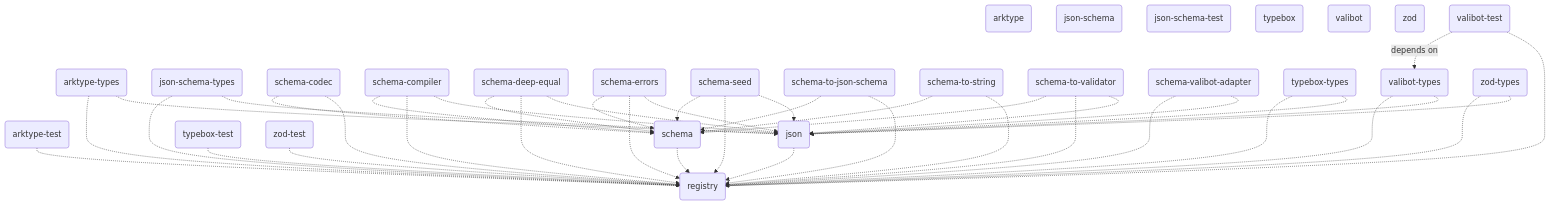
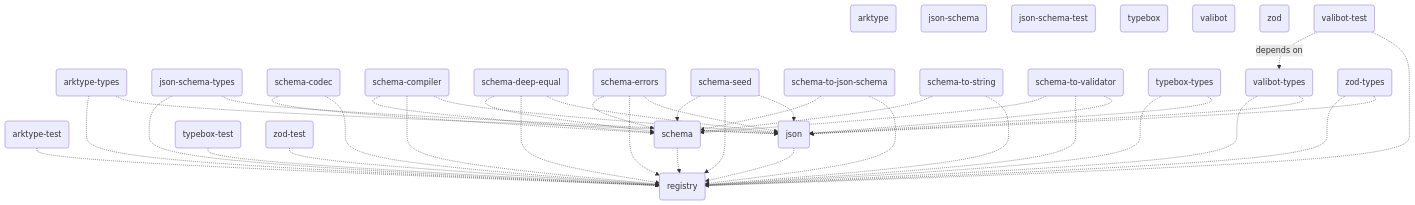
Before and after one commit to traversable/schema: the diagram in README.md, drawn with Mermaid. The commit also changed 22 other files, not shown here.

Commit message:
rm(schema-valibot-adapter): deletes package

````diff
--- a/README.md
+++ b/README.md
@@ -94,50 +94,48 @@
 ```mermaid
 flowchart TD
     arktype(arktype)
     json-schema(json-schema)
     json-schema-test(json-schema-test)
     registry(registry)
     typebox(typebox)
     valibot(valibot)
     zod(zod)
     arktype-test(arktype-test) -.-> registry(registry)
     json(json) -.-> registry(registry)
     schema(schema) -.-> registry(registry)
     typebox-test(typebox-test) -.-> registry(registry)
     zod-test(zod-test) -.-> registry(registry)
     arktype-types(arktype-types) -.-> json(json)
     arktype-types(arktype-types) -.-> registry(registry)
     json-schema-types(json-schema-types) -.-> json(json)
     json-schema-types(json-schema-types) -.-> registry(registry)
     schema-codec(schema-codec) -.-> registry(registry)
     schema-codec(schema-codec) -.-> schema(schema)
     schema-compiler(schema-compiler) -.-> json(json)
     schema-compiler(schema-compiler) -.-> registry(registry)
     schema-compiler(schema-compiler) -.-> schema(schema)
     schema-deep-equal(schema-deep-equal) -.-> json(json)
     schema-deep-equal(schema-deep-equal) -.-> registry(registry)
     schema-deep-equal(schema-deep-equal) -.-> schema(schema)
     schema-errors(schema-errors) -.-> json(json)
     schema-errors(schema-errors) -.-> registry(registry)
     schema-errors(schema-errors) -.-> schema(schema)
     schema-seed(schema-seed) -.-> json(json)
     schema-seed(schema-seed) -.-> registry(registry)
     schema-seed(schema-seed) -.-> schema(schema)
     schema-to-json-schema(schema-to-json-schema) -.-> registry(registry)
     schema-to-json-schema(schema-to-json-schema) -.-> schema(schema)
     schema-to-string(schema-to-string) -.-> registry(registry)
     schema-to-string(schema-to-string) -.-> schema(schema)
     schema-to-validator(schema-to-validator) -.-> json(json)
     schema-to-validator(schema-to-validator) -.-> registry(registry)
     schema-to-validator(schema-to-validator) -.-> schema(schema)
-    schema-valibot-adapter(schema-valibot-adapter) -.-> json(json)
-    schema-valibot-adapter(schema-valibot-adapter) -.-> registry(registry)
     typebox-types(typebox-types) -.-> json(json)
     typebox-types(typebox-types) -.-> registry(registry)
     valibot-types(valibot-types) -.-> json(json)
     valibot-types(valibot-types) -.-> registry(registry)
     zod-types(zod-types) -.-> json(json)
     zod-types(zod-types) -.-> registry(registry)
     valibot-test(valibot-test) -.-> registry(registry)
     valibot-test(valibot-test) -.depends on.-> valibot-types(valibot-types)
 ```
````
